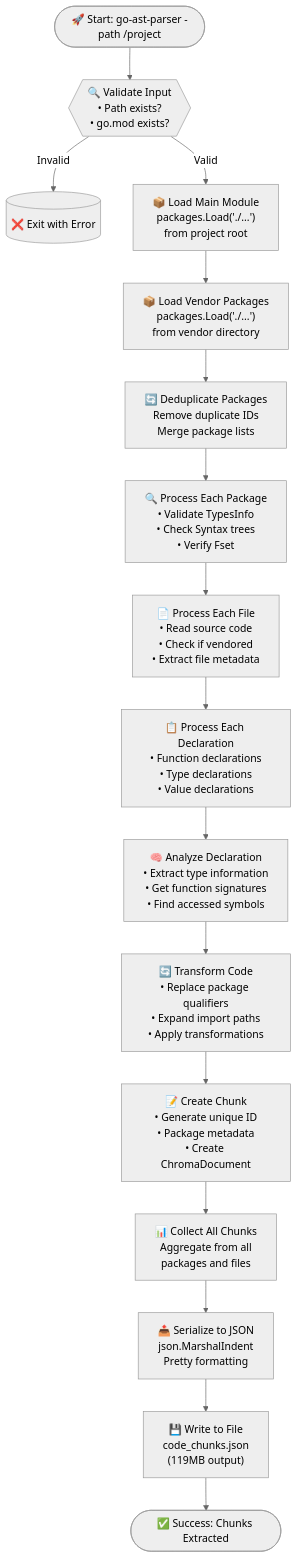
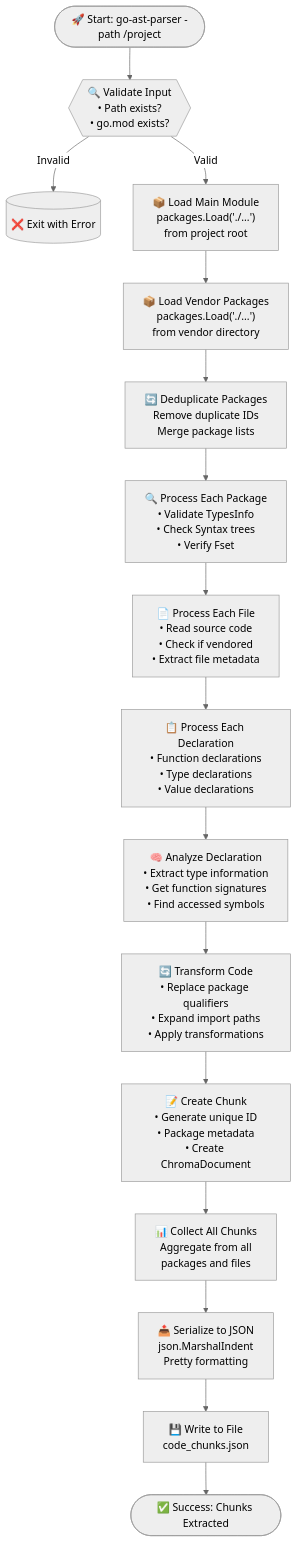
The second of 2 diagrams in ARCHITECTURE.md (sunku5494/go-ast-parser), drawn with Mermaid (neutral theme) before and after one commit. The commit also changed other lines of this file and 1 other file, not shown here.

````diff
--- a/ARCHITECTURE.md
+++ b/ARCHITECTURE.md
@@ -93,57 +93,57 @@
 ```mermaid
 flowchart TD
     START([🚀 Start: go-ast-parser -path /project])
     
     %% Input Validation
     VALIDATE{{"🔍 Validate Input<br/>• Path exists?<br/>• go.mod exists?"}}
     ERROR_EXIT[("❌ Exit with Error")]
     
     %% Step 1: Package Loading
     LOAD_MAIN["📦 Load Main Module<br/>packages.Load('./...')<br/>from project root"]
     LOAD_VENDOR["📦 Load Vendor Packages<br/>packages.Load('./...')<br/>from vendor directory"]
     DEDUPE["🔄 Deduplicate Packages<br/>Remove duplicate IDs<br/>Merge package lists"]
     
     %% Step 2: AST Processing  
     PROCESS_PKG["🔍 Process Each Package<br/>• Validate TypesInfo<br/>• Check Syntax trees<br/>• Verify Fset"]
     
     PROCESS_FILE["📄 Process Each File<br/>• Read source code<br/>• Check if vendored<br/>• Extract file metadata"]
     
     PROCESS_DECL["📋 Process Each Declaration<br/>• Function declarations<br/>• Type declarations<br/>• Value declarations"]
     
     %% Analysis & Transformation
     ANALYZE["🧠 Analyze Declaration<br/>• Extract type information<br/>• Get function signatures<br/>• Find accessed symbols"]
     
     TRANSFORM_CODE["🔄 Transform Code<br/>• Replace package qualifiers<br/>• Expand import paths<br/>• Apply transformations"]
     
     CREATE_CHUNK["📝 Create Chunk<br/>• Generate unique ID<br/>• Package metadata<br/>• Create ChromaDocument"]
     
     %% Step 3: Output
     COLLECT["📊 Collect All Chunks<br/>Aggregate from all<br/>packages and files"]
     
     SERIALIZE["📤 Serialize to JSON<br/>json.MarshalIndent<br/>Pretty formatting"]
     
-    WRITE_FILE["💾 Write to File<br/>code_chunks.json<br/>(119MB output)"]
+    WRITE_FILE["💾 Write to File<br/>code_chunks.json<br/>"]
     
     SUCCESS([✅ Success: Chunks Extracted])
     
     %% Connections
     START --> VALIDATE
     VALIDATE -->|Valid| LOAD_MAIN
     VALIDATE -->|Invalid| ERROR_EXIT
     
     LOAD_MAIN --> LOAD_VENDOR
     LOAD_VENDOR --> DEDUPE
     
     DEDUPE --> PROCESS_PKG
     PROCESS_PKG --> PROCESS_FILE
     PROCESS_FILE --> PROCESS_DECL
     
     PROCESS_DECL --> ANALYZE
     ANALYZE --> TRANSFORM_CODE
     TRANSFORM_CODE --> CREATE_CHUNK
     
     CREATE_CHUNK --> COLLECT
     COLLECT --> SERIALIZE
     SERIALIZE --> WRITE_FILE
     WRITE_FILE --> SUCCESS
 ```
````
